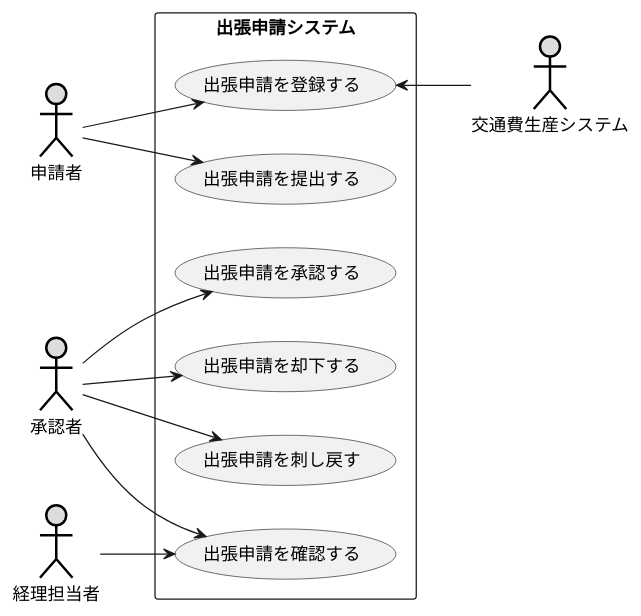
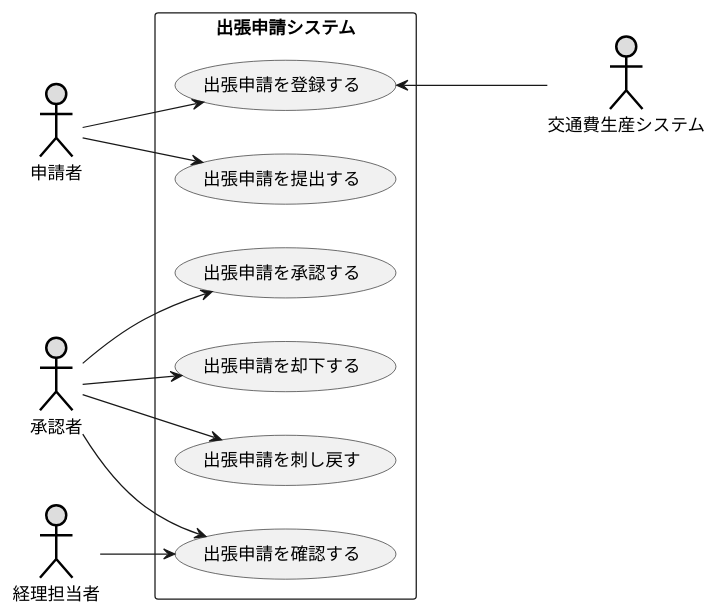
One commit to satou1024/linux changed the diagram in 演習2-1_UM_出張管理システム.pu. Above: the diagram before and after it, drawn with PlantUML.

Commit message:
あれ

```diff
--- a/演習2-1_UM_出張管理システム.pu
+++ b/演習2-1_UM_出張管理システム.pu
@@ -1,23 +1,23 @@
 @startuml 演習
 left to right direction
 actor 申請者#DDDDDD;line:black;line.bold;
 actor 承認者#DDDDDD;line:black;line.bold;
 actor 経理担当者#DDDDDD;line:black;line.bold;
 actor 交通費生産システム#DDDDDD;line:black;line.bold;
 rectangle 出張申請システム{
     usecase 出張申請を登録する
     usecase 出張申請を提出する
     usecase 出張申請を承認する
     usecase 出張申請を却下する
     usecase 出張申請を刺し戻す
     usecase 出張申請を確認する
 }
 申請者--> 出張申請を登録する
 申請者--> 出張申請を提出する
 承認者--> 出張申請を承認する
 承認者--> 出張申請を却下する
 承認者--> 出張申請を刺し戻す
 承認者--> 出張申請を確認する
 経理担当者--> 出張申請を確認する
-出張申請を登録する<-- 交通費生産システム
+出張申請を登録する<--- 交通費生産システム
 @enduml
```
